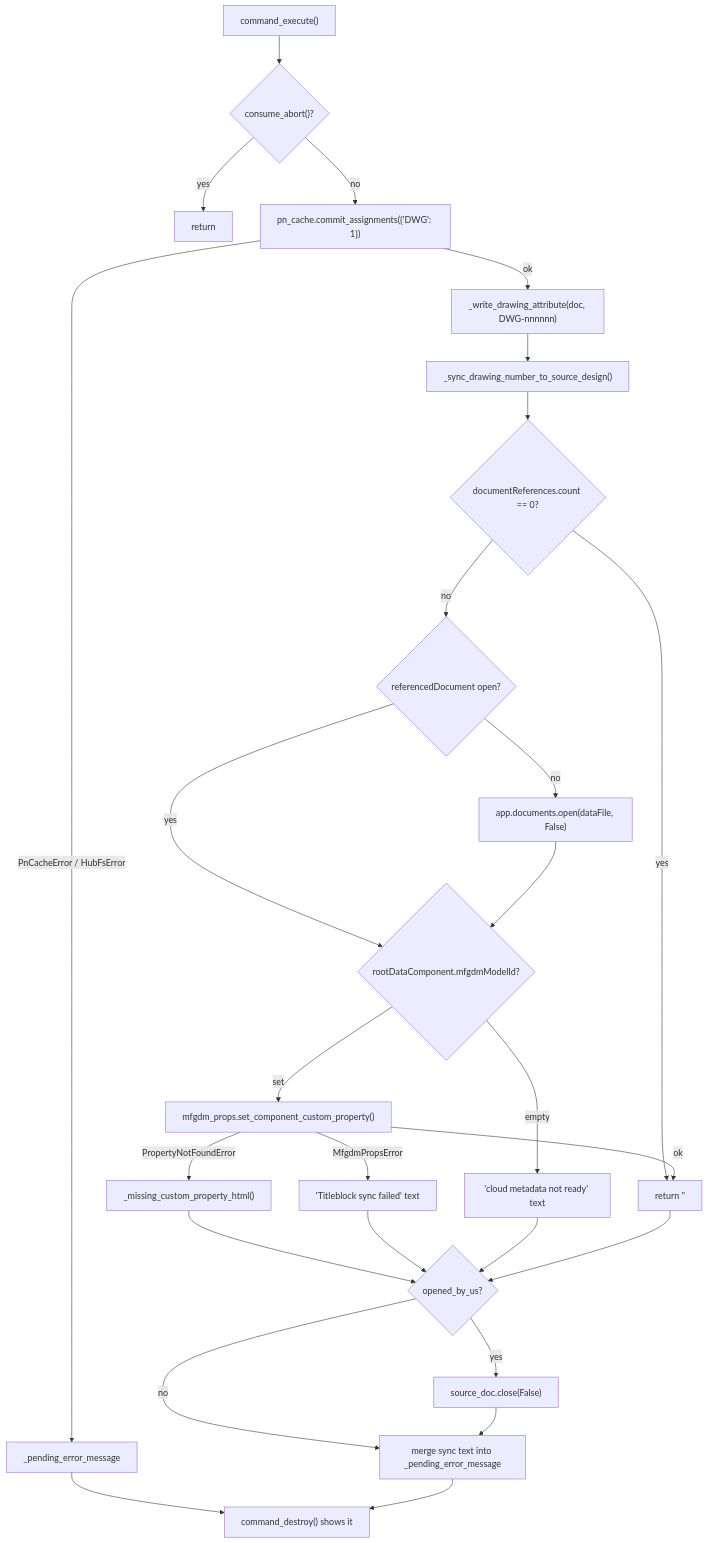
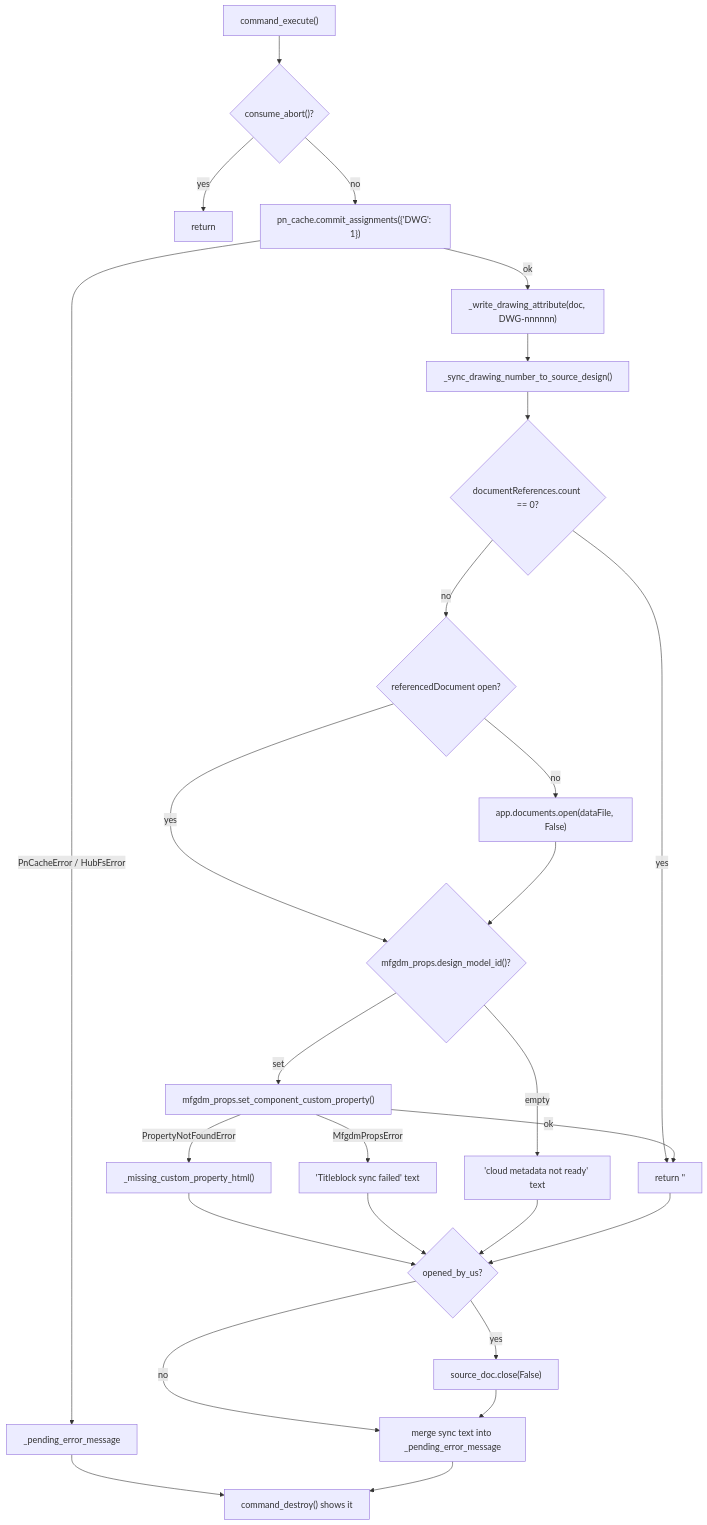
Before and after one commit to schneik80/PowerTools: the diagram in docs/arch/Assign Drawing Number.md, drawn with Mermaid. The commit also changed other lines of this file and 16 other files, not shown here.

````diff
--- a/docs/arch/Assign Drawing Number.md
+++ b/docs/arch/Assign Drawing Number.md
@@ -74,29 +74,29 @@
 ```mermaid
 flowchart TD
     A["command_execute()"] --> B{"consume_abort()?"}
     B -- yes --> Z["return"]
     B -- no --> C["pn_cache.commit_assignments({'DWG': 1})"]
     C -- PnCacheError / HubFsError --> ERR["_pending_error_message"]
     C -- ok --> D["_write_drawing_attribute(doc, DWG-nnnnnn)"]
     D --> E["_sync_drawing_number_to_source_design()"]
     E --> F{"documentReferences.count == 0?"}
     F -- yes --> OK["return ''"]
     F -- no --> G{"referencedDocument open?"}
     G -- no --> H["app.documents.open(dataFile, False)"]
     G -- yes --> I
-    H --> I{"rootDataComponent.mfgdmModelId?"}
+    H --> I{"mfgdm_props.design_model_id()?"}
     I -- empty --> W["'cloud metadata not ready' text"]
     I -- set --> J["mfgdm_props.set_component_custom_property()"]
     J -- PropertyNotFoundError --> K["_missing_custom_property_html()"]
     J -- MfgdmPropsError --> L["'Titleblock sync failed' text"]
     J -- ok --> OK
     K --> M
     L --> M
     W --> M
     OK --> M{"opened_by_us?"}
     M -- yes --> N["source_doc.close(False)"]
     M -- no --> P
     N --> P["merge sync text into _pending_error_message"]
     ERR --> Q["command_destroy() shows it"]
     P --> Q
 ```
````
